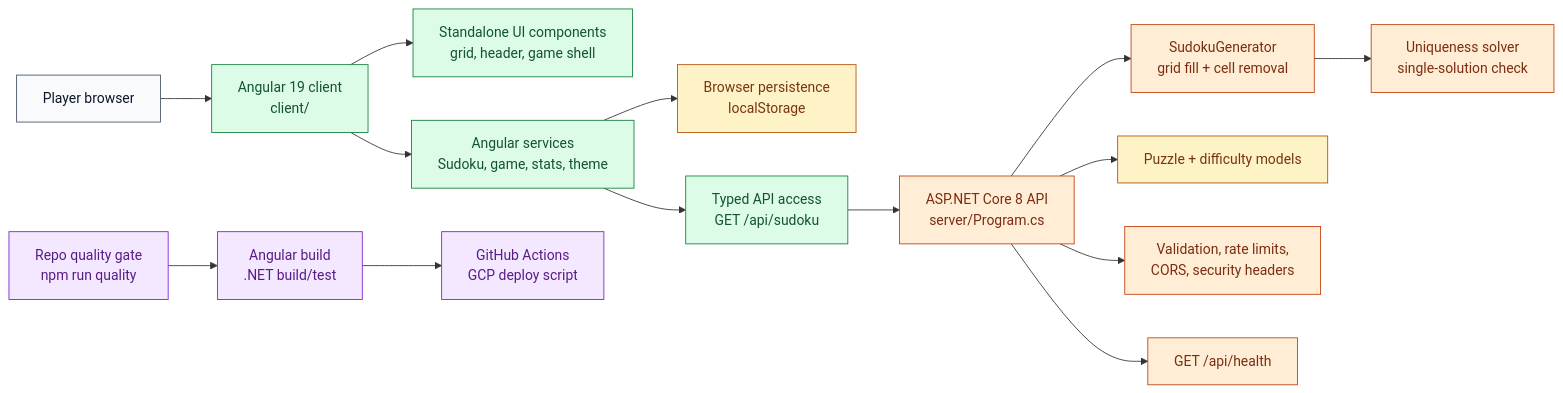
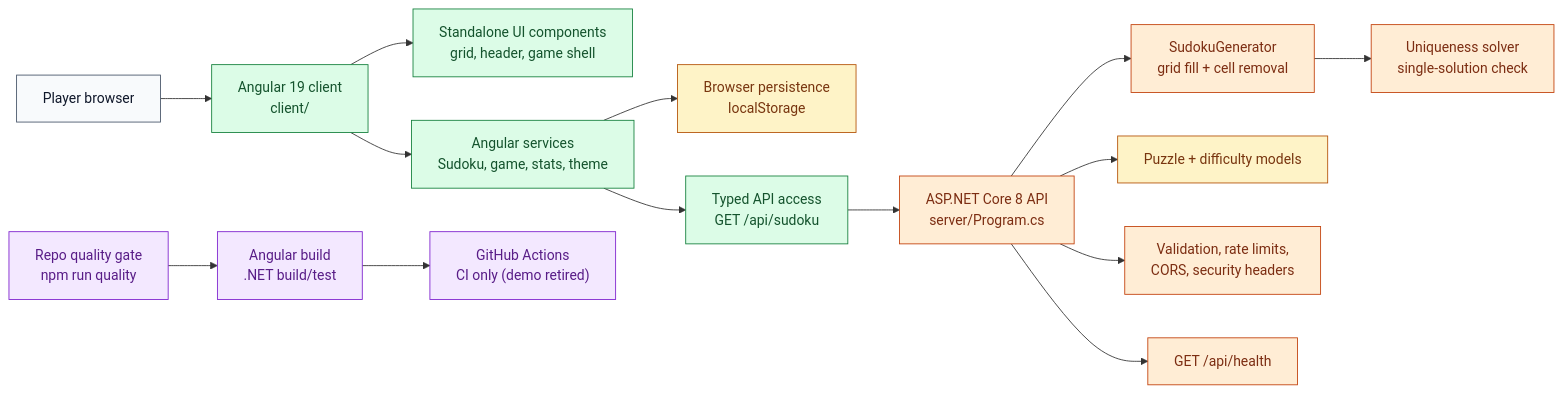
The first of 2 diagrams in docs/architecture.md (natezimm/sudoku), drawn with Mermaid before and after one commit. The commit also changed other lines of this file and 4 other files, not shown here.

First line of the commit message:
Remove the GCP deploy job now that the demo is retired

````diff
--- a/docs/architecture.md
+++ b/docs/architecture.md
@@ -9,30 +9,30 @@
 ```mermaid
 flowchart LR
   Visitor["Player browser"] --> Client["Angular 19 client<br/>client/"]
   Client --> Components["Standalone UI components<br/>grid, header, game shell"]
   Client --> Services["Angular services<br/>Sudoku, game, stats, theme"]
   Services --> BrowserState["Browser persistence<br/>localStorage"]
   Services --> Api["Typed API access<br/>GET /api/sudoku"]
   Api --> Backend["ASP.NET Core 8 API<br/>server/Program.cs"]
   Backend --> Generator["SudokuGenerator<br/>grid fill + cell removal"]
   Generator --> Uniqueness["Uniqueness solver<br/>single-solution check"]
   Backend --> Models["Puzzle + difficulty models"]
   Backend --> Security["Validation, rate limits,<br/>CORS, security headers"]
   Backend --> Health["GET /api/health"]
   Repo["Repo quality gate<br/>npm run quality"] --> Builds["Angular build<br/>.NET build/test"]
-  Builds --> Deploy["GitHub Actions<br/>GCP deploy script"]
+  Builds --> CI["GitHub Actions<br/>CI only (demo retired)"]
 
   classDef user fill:#f8fafc,stroke:#475569,color:#0f172a
   classDef site fill:#e0f2fe,stroke:#0369a1,color:#0c4a6e
   classDef server fill:#ffedd5,stroke:#c2410c,color:#7c2d12
   classDef repo fill:#eef2ff,stroke:#4338ca,color:#312e81
   classDef client fill:#dcfce7,stroke:#15803d,color:#14532d
   classDef data fill:#fef3c7,stroke:#b45309,color:#78350f
   classDef delivery fill:#f3e8ff,stroke:#7e22ce,color:#581c87
   classDef external fill:#fee2e2,stroke:#b91c1c,color:#7f1d1d
   class Visitor user
   class Client,Components,Services,Api client
   class Backend,Generator,Uniqueness,Security,Health server
   class BrowserState,Models data
-  class Repo,Builds,Deploy delivery
+  class Repo,Builds,CI delivery
 ```
````
